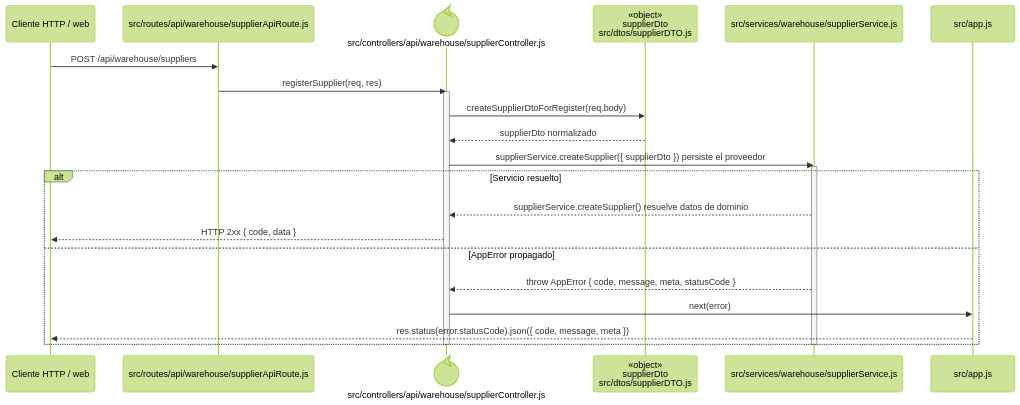
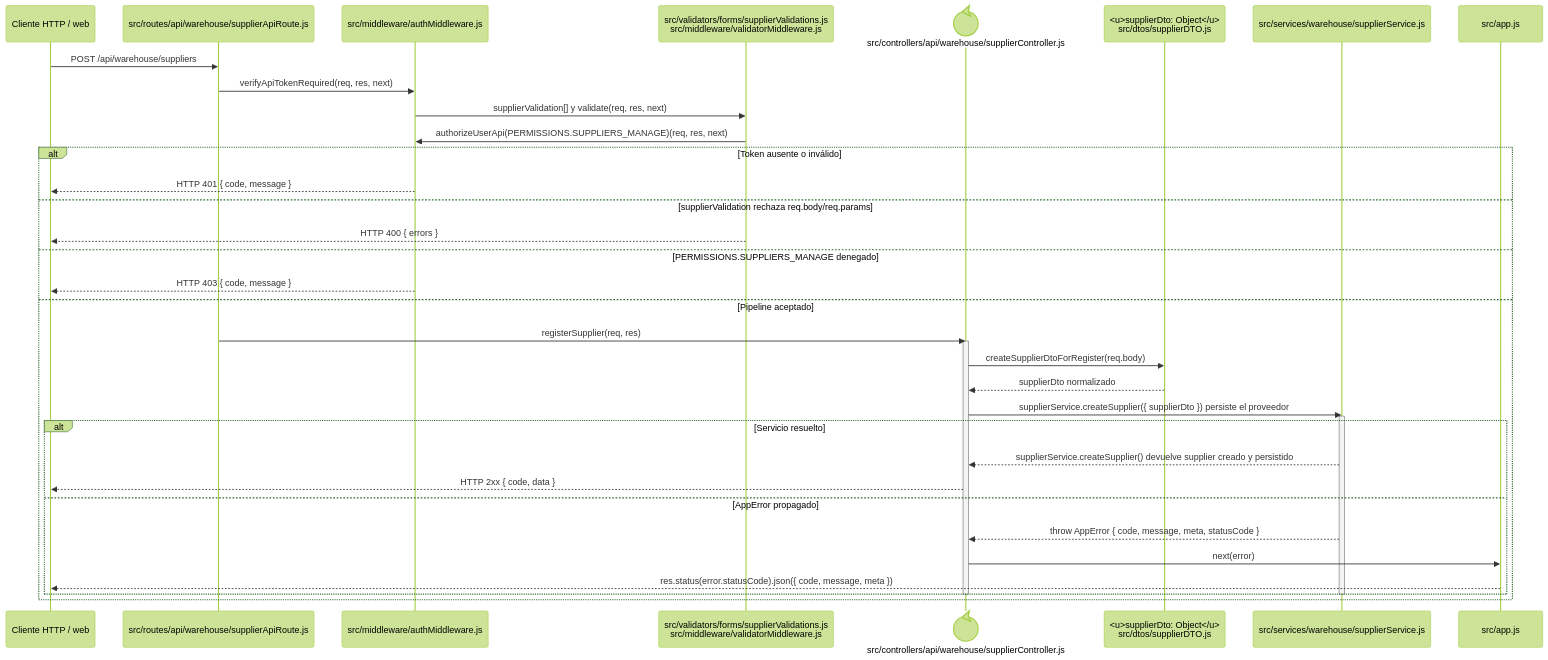
Before and after one commit to gpgsistemas01/nexus: the diagram in docs/architecture/backend-code-sequences/catalogs/cu-cat-02.md, drawn with Mermaid (forest theme). The commit also changed 102 other files, not shown here.

````diff
--- a/docs/architecture/backend-code-sequences/catalogs/cu-cat-02.md
+++ b/docs/architecture/backend-code-sequences/catalogs/cu-cat-02.md
@@ -6,27 +6,40 @@
 ```mermaid
 sequenceDiagram
     participant Client as Cliente HTTP / web
     participant Route as src/routes/api/warehouse/supplierApiRoute.js
+    participant Auth as src/middleware/authMiddleware.js
+    participant Validator as src/validators/forms/supplierValidations.js<br/>src/middleware/validatorMiddleware.js
     participant Controller@{ "type": "control" } as src/controllers/api/warehouse/supplierController.js
-    participant SupplierDto as «object»<br/>supplierDto<br/>src/dtos/supplierDTO.js
+    participant SupplierDto as <u>supplierDto: Object</u><br/>src/dtos/supplierDTO.js
     participant Domain as src/services/warehouse/supplierService.js
     participant ErrorHandler as src/app.js
 
     Client->>Route: POST /api/warehouse/suppliers
-    Route->>Controller: registerSupplier(req, res)
-    activate Controller
-    Controller->>SupplierDto: createSupplierDtoForRegister(req.body)
-    SupplierDto-->>Controller: supplierDto normalizado
-    Controller->>Domain: supplierService.createSupplier({ supplierDto }) persiste el proveedor
-    activate Domain
-    alt Servicio resuelto
-        Domain-->>Controller: supplierService.createSupplier() resuelve datos de dominio
-        Controller-->>Client: HTTP 2xx { code, data }
-    else AppError propagado
-        Domain-->>Controller: throw AppError { code, message, meta, statusCode }
-        Controller->>ErrorHandler: next(error)
-        ErrorHandler-->>Client: res.status(error.statusCode).json({ code, message, meta })
+    Route->>Auth: verifyApiTokenRequired(req, res, next)
+    Auth->>Validator: supplierValidation[] y validate(req, res, next)
+    Validator->>Auth: authorizeUserApi(PERMISSIONS.SUPPLIERS_MANAGE)(req, res, next)
+    alt Token ausente o inválido
+        Auth-->>Client: HTTP 401 { code, message }
+    else supplierValidation rechaza req.body/req.params
+        Validator-->>Client: HTTP 400 { errors }
+    else PERMISSIONS.SUPPLIERS_MANAGE denegado
+        Auth-->>Client: HTTP 403 { code, message }
+    else Pipeline aceptado
+        Route->>Controller: registerSupplier(req, res)
+        activate Controller
+        Controller->>SupplierDto: createSupplierDtoForRegister(req.body)
+        SupplierDto-->>Controller: supplierDto normalizado
+        Controller->>Domain: supplierService.createSupplier({ supplierDto }) persiste el proveedor
+        activate Domain
+        alt Servicio resuelto
+            Domain-->>Controller: supplierService.createSupplier() devuelve supplier creado y persistido
+            Controller-->>Client: HTTP 2xx { code, data }
+        else AppError propagado
+            Domain-->>Controller: throw AppError { code, message, meta, statusCode }
+            Controller->>ErrorHandler: next(error)
+            ErrorHandler-->>Client: res.status(error.statusCode).json({ code, message, meta })
+        end
+        deactivate Domain
+        deactivate Controller
     end
-    deactivate Domain
-    deactivate Controller
 ```
````
